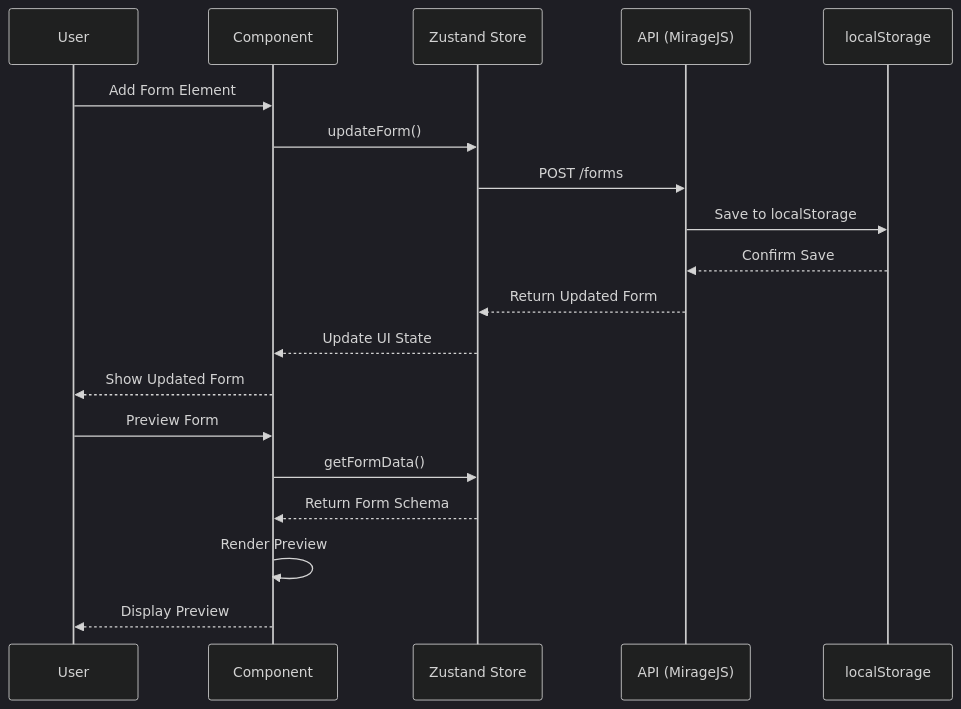
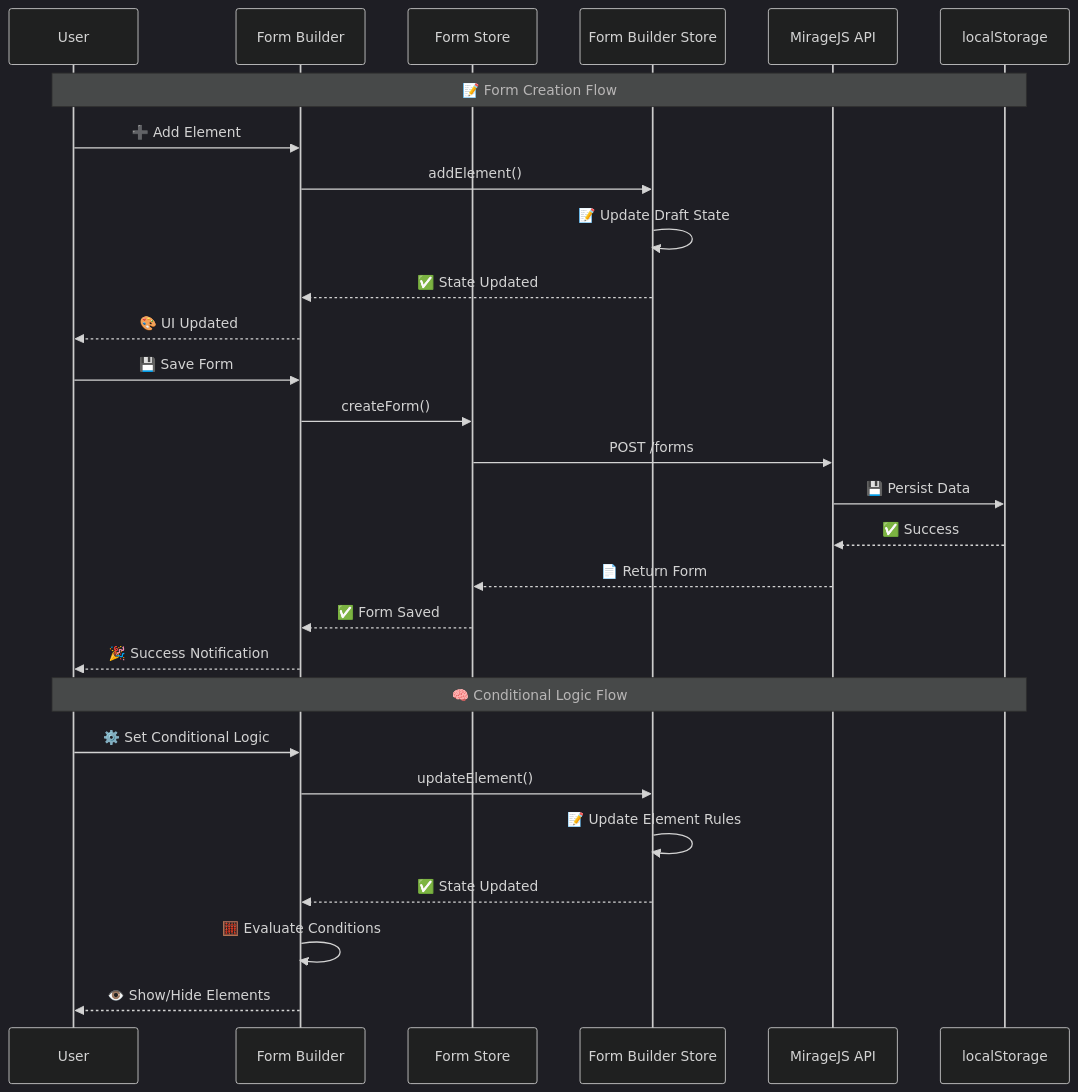
One commit to b-amir/form-flow changed the third of 3 diagrams in README.md. Above: the diagram before and after it, drawn with Mermaid (dark theme). The commit also changed other lines of this file, not shown here.

````diff
--- a/README.md
+++ b/README.md
@@ -287,23 +278,33 @@
 ```mermaid
 sequenceDiagram
-    participant U as User
-    participant C as Component
-    participant S as Zustand Store
-    participant A as API (MirageJS)
-    participant L as localStorage
+    participant 👤 as User
+    participant 🛠️ as Form Builder
+    participant 📋 as Form Store
+    participant 🔧 as Form Builder Store
+    participant 🔄 as MirageJS API
+    participant 💾 as localStorage
 
-    U->>C: Add Form Element
-    C->>S: updateForm()
-    S->>A: POST /forms
-    A->>L: Save to localStorage
-    L-->>A: Confirm Save
-    A-->>S: Return Updated Form
-    S-->>C: Update UI State
-    C-->>U: Show Updated Form
+    Note over 👤,💾: 📝 Form Creation Flow
+    👤->>🛠️: ➕ Add Element
+    🛠️->>🔧: addElement()
+    🔧->>🔧: 📝 Update Draft State
+    🔧-->>🛠️: ✅ State Updated
+    🛠️-->>👤: 🎨 UI Updated
 
-    U->>C: Preview Form
-    C->>S: getFormData()
-    S-->>C: Return Form Schema
-    C->>C: Render Preview
-    C-->>U: Display Preview
+    👤->>🛠️: 💾 Save Form
+    🛠️->>📋: createForm()
+    📋->>🔄: POST /forms
+    🔄->>💾: 💾 Persist Data
+    💾-->>🔄: ✅ Success
+    🔄-->>📋: 📄 Return Form
+    📋-->>🛠️: ✅ Form Saved
+    🛠️-->>👤: 🎉 Success Notification
+
+    Note over 👤,💾: 🧠 Conditional Logic Flow
+    👤->>🛠️: ⚙️ Set Conditional Logic
+    🛠️->>🔧: updateElement()
+    🔧->>🔧: 📝 Update Element Rules
+    🔧-->>🛠️: ✅ State Updated
+    🛠️->>🛠️: 🧮 Evaluate Conditions
+    🛠️-->>👤: 👁️ Show/Hide Elements
 ```
````
